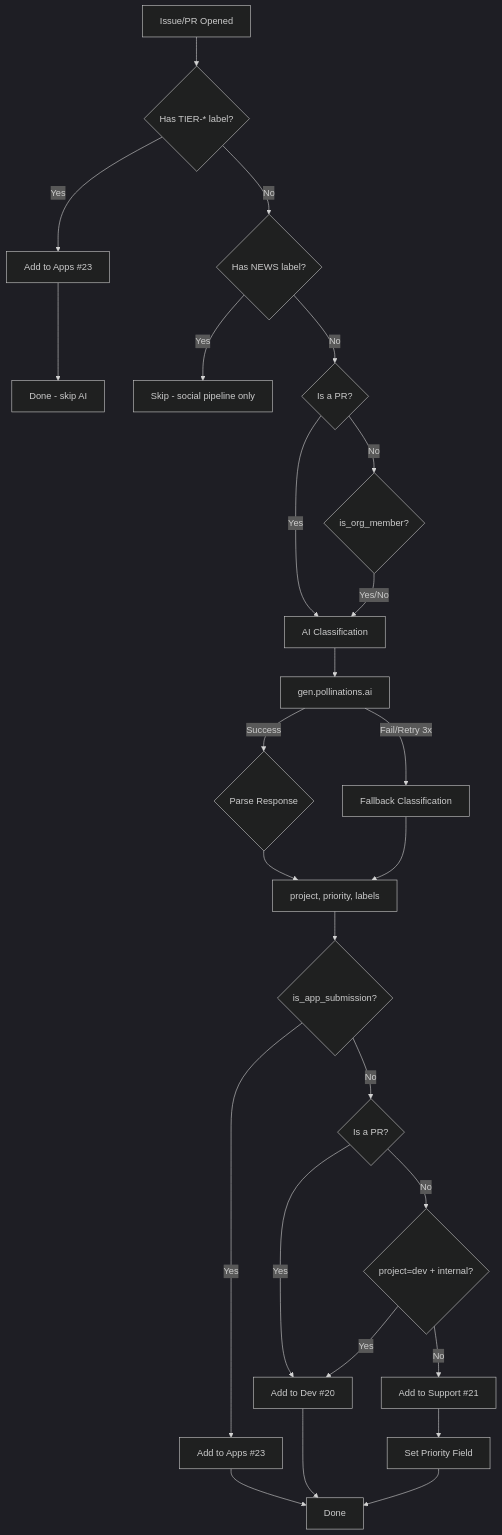
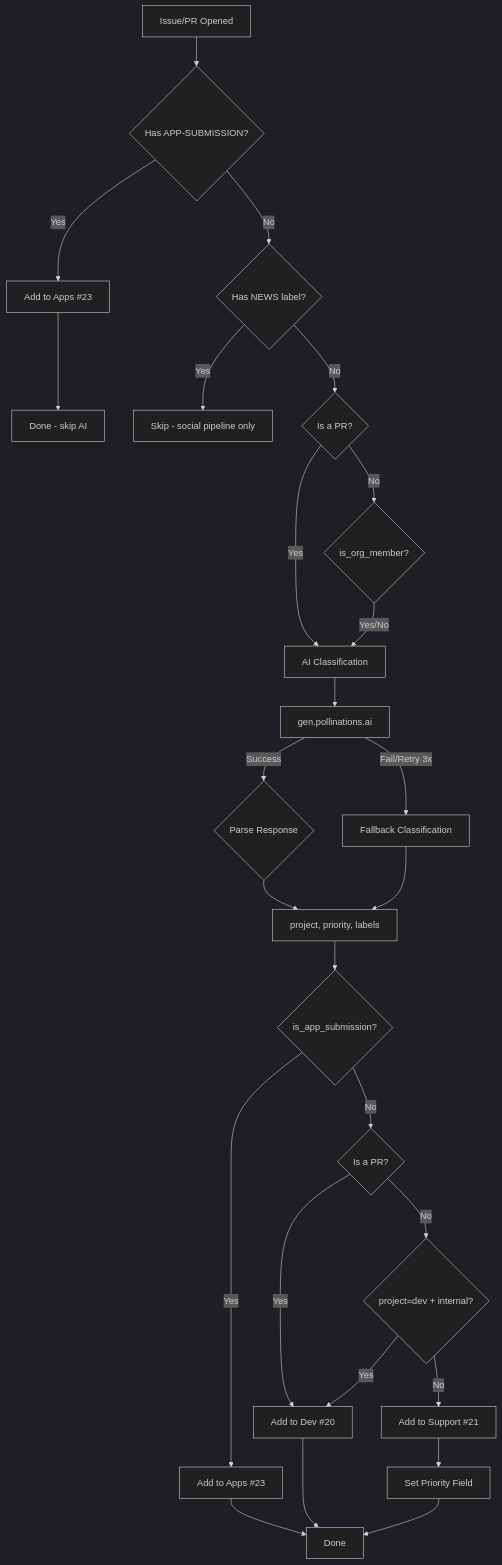
One commit to pollinations/pollinations changed the second of 4 diagrams in .github/docs/TRIAGE.md. Above: the diagram before and after it, drawn with Mermaid. The commit also changed other lines of this file and 27 other files, not shown here.

Commit message:
feat: simplify app submission workflow

````diff
--- a/.github/docs/TRIAGE.md
+++ b/.github/docs/TRIAGE.md
@@ -80,32 +80,32 @@
 ```mermaid
 %%{init: {'theme': 'dark'}}%%
 flowchart TD
-    A[Issue/PR Opened] --> AA{Has TIER-* label?}
+    A[Issue/PR Opened] --> AA{Has APP-SUBMISSION?}
     AA -->|Yes| AB[Add to Apps #23]
     AB --> AC[Done - skip AI]
     AA -->|No| AN{Has NEWS label?}
     AN -->|Yes| AX[Skip - social pipeline only]
     AN -->|No| PR{Is a PR?}
     PR -->|Yes| H[AI Classification]
     PR -->|No| B{is_org_member?}
     B -->|Yes/No| H
 
     H --> I[gen.pollinations.ai]
     I -->|Success| J{Parse Response}
     I -->|Fail/Retry 3x| K[Fallback Classification]
     J --> L[project, priority, labels]
     K --> L
 
     L --> IAS{is_app_submission?}
     IAS -->|Yes| AP[Add to Apps #23]
     IAS -->|No| ISPR{Is a PR?}
     ISPR -->|Yes| N[Add to Dev #20]
     ISPR -->|No| M{project=dev + internal?}
     M -->|Yes| N
     M -->|No| Q[Add to Support #21]
 
     Q --> U[Set Priority Field]
     U --> V[Done]
     N --> V
     AP --> V
 ```
````
